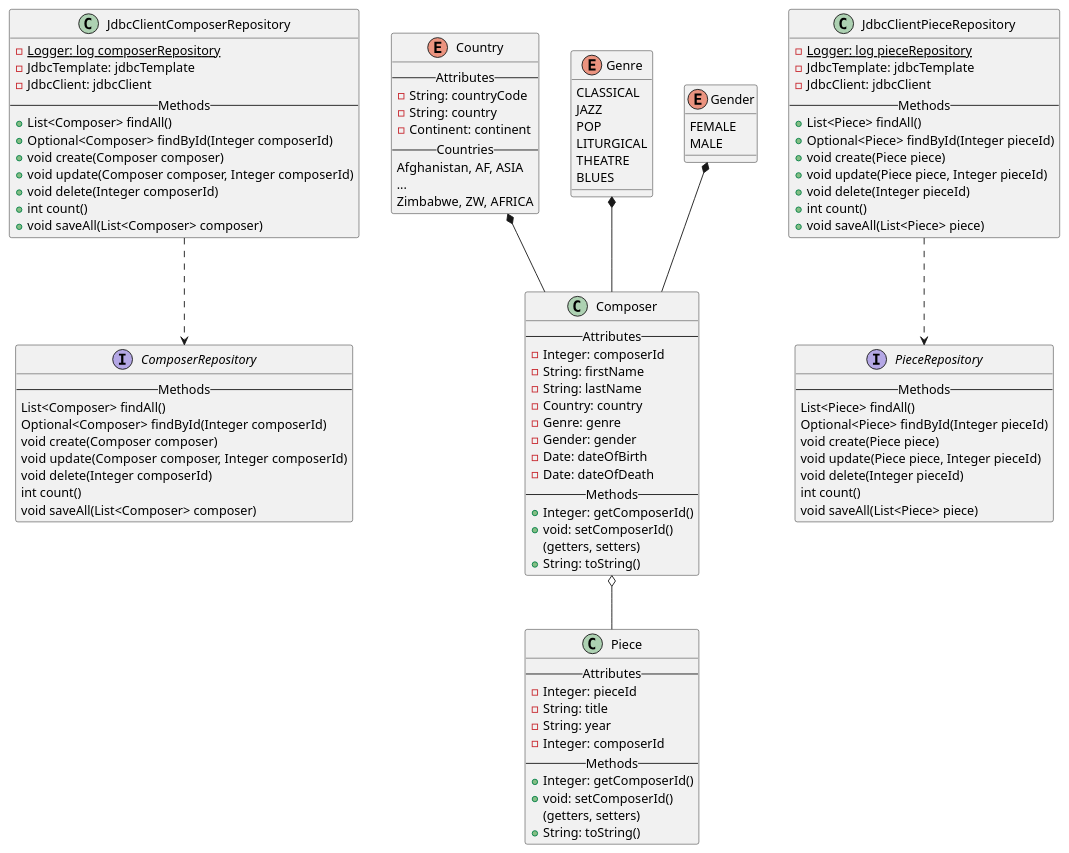
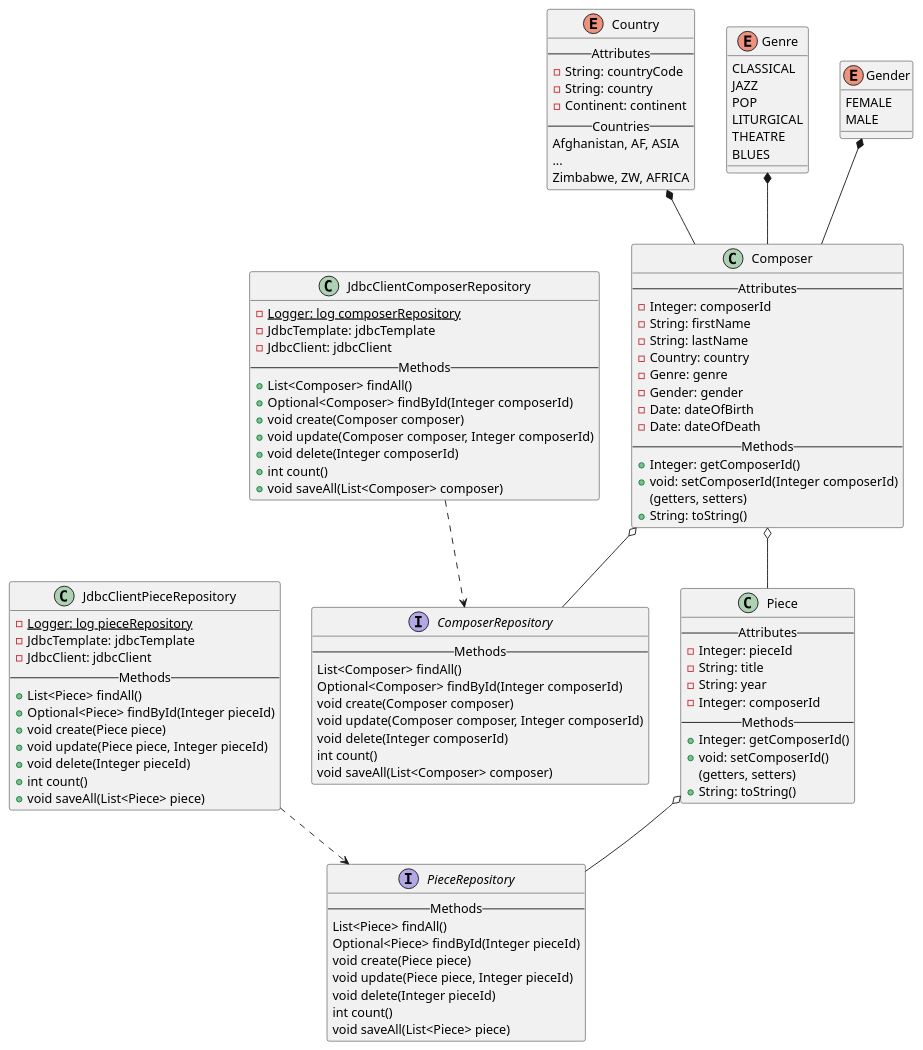
Before and after one commit to DogPope/SpringBootProject: the diagram in classDiagram.puml, drawn with PlantUML. The commit also changed 2 other files, not shown here.

```diff
--- a/classDiagram.puml
+++ b/classDiagram.puml
@@ -1,123 +1,125 @@
 @startuml
 'https://plantuml.com/class-diagram
 
 interface ComposerRepository
 class Composer
 class Piece
 class JdbcClientComposerRepository
 enum Country
 enum Genre
 enum Gender
 
 Composer o-- Piece
+Composer o-- ComposerRepository
+Piece o-- PieceRepository
 Country *-- Composer
 Genre *-- Composer
 Gender *-- Composer
 JdbcClientComposerRepository ..> ComposerRepository
 JdbcClientPieceRepository ..> PieceRepository
 
 interface ComposerRepository {
 --Methods--
 List<Composer> findAll()
 Optional<Composer> findById(Integer composerId)
 void create(Composer composer)
 void update(Composer composer, Integer composerId)
 void delete(Integer composerId)
 int count()
 void saveAll(List<Composer> composer)
 }
 
 interface PieceRepository {
 --Methods--
 List<Piece> findAll()
 Optional<Piece> findById(Integer pieceId)
 void create(Piece piece)
 void update(Piece piece, Integer pieceId)
 void delete(Integer pieceId)
 int count()
 void saveAll(List<Piece> piece)
 }
 
 class JdbcClientPieceRepository {
 - {static} Logger: log pieceRepository
 - JdbcTemplate: jdbcTemplate
 - JdbcClient: jdbcClient
 --Methods--
 + List<Piece> findAll()
 + Optional<Piece> findById(Integer pieceId)
 + void create(Piece piece)
 + void update(Piece piece, Integer pieceId)
 + void delete(Integer pieceId)
 + int count()
 + void saveAll(List<Piece> piece)
 }
 
 class JdbcClientComposerRepository {
 - {static} Logger: log composerRepository
 - JdbcTemplate: jdbcTemplate
 - JdbcClient: jdbcClient
 --Methods--
 + List<Composer> findAll()
 + Optional<Composer> findById(Integer composerId)
 + void create(Composer composer)
 + void update(Composer composer, Integer composerId)
 + void delete(Integer composerId)
 + int count()
 + void saveAll(List<Composer> composer)
 }
 
 class Piece {
 --Attributes--
 - Integer: pieceId
 - String: title
 - String: year
 - Integer: composerId
 --Methods--
 + Integer: getComposerId()
 + void: setComposerId()
 (getters, setters)
 + String: toString()
 }
 
 class Composer {
 --Attributes--
 - Integer: composerId
 - String: firstName
 - String: lastName
 - Country: country
 - Genre: genre
 - Gender: gender
 - Date: dateOfBirth
 - Date: dateOfDeath
 --Methods--
 + Integer: getComposerId()
-+ void: setComposerId()
++ void: setComposerId(Integer composerId)
 (getters, setters)
 + String: toString()
 }
 
 enum Gender {
 FEMALE
 MALE
 }
 
 enum Country {
 --Attributes--
 - String: countryCode
 - String: country
 - Continent: continent
 --Countries--
 Afghanistan, AF, ASIA
 ...
 Zimbabwe, ZW, AFRICA
 }
 
 enum Genre {
 CLASSICAL
 JAZZ
 POP
 LITURGICAL
 THEATRE
 BLUES
 }
 @enduml
```
